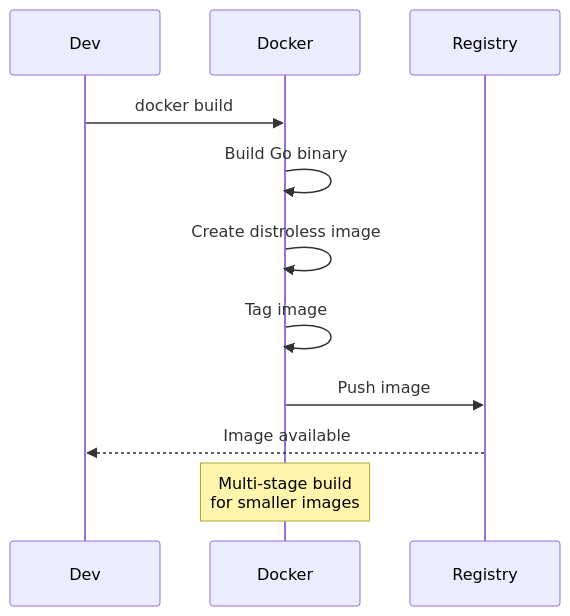
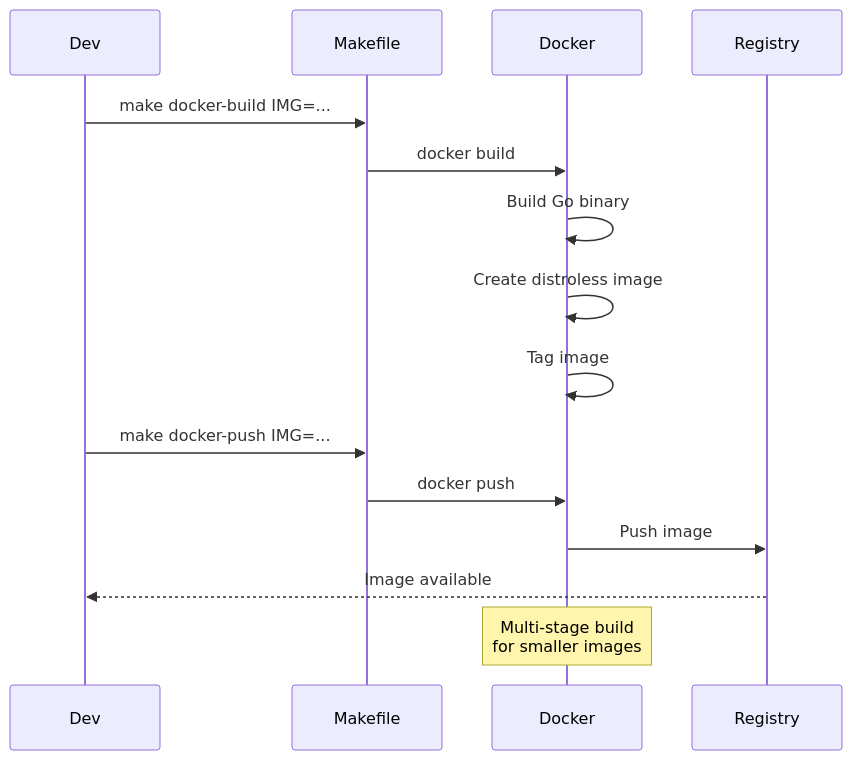
One commit to piyushjajoo/k8s-operators-course changed the second of 9 diagrams in module-07/lessons/01-packaging-distribution.md. Above: the diagram before and after it, drawn with Mermaid. The commit also changed other lines of this file and 24 other files, not shown here.

````diff
--- a/module-07/lessons/01-packaging-distribution.md
+++ b/module-07/lessons/01-packaging-distribution.md
@@ -115,15 +149,19 @@
 ```mermaid
 sequenceDiagram
     participant Dev
+    participant Make as Makefile
     participant Docker
     participant Registry
     
-    Dev->>Docker: docker build
+    Dev->>Make: make docker-build IMG=...
+    Make->>Docker: docker build
     Docker->>Docker: Build Go binary
     Docker->>Docker: Create distroless image
     Docker->>Docker: Tag image
+    Dev->>Make: make docker-push IMG=...
+    Make->>Docker: docker push
     Docker->>Registry: Push image
     Registry-->>Dev: Image available
     
     Note over Docker: Multi-stage build<br/>for smaller images
 ```
````
